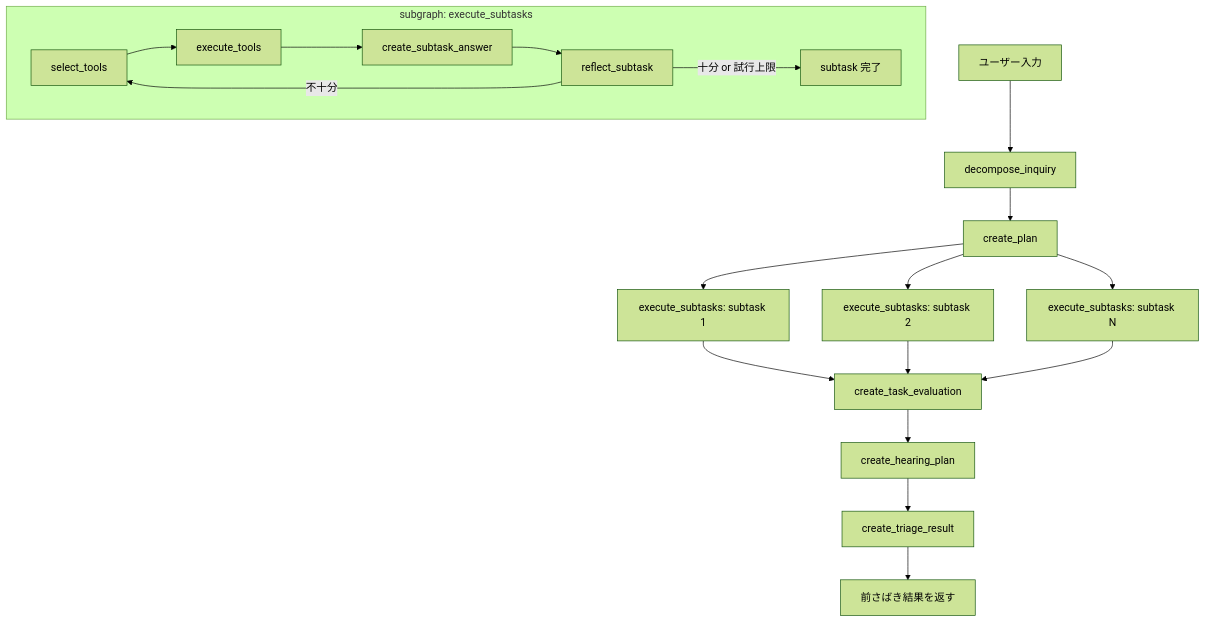
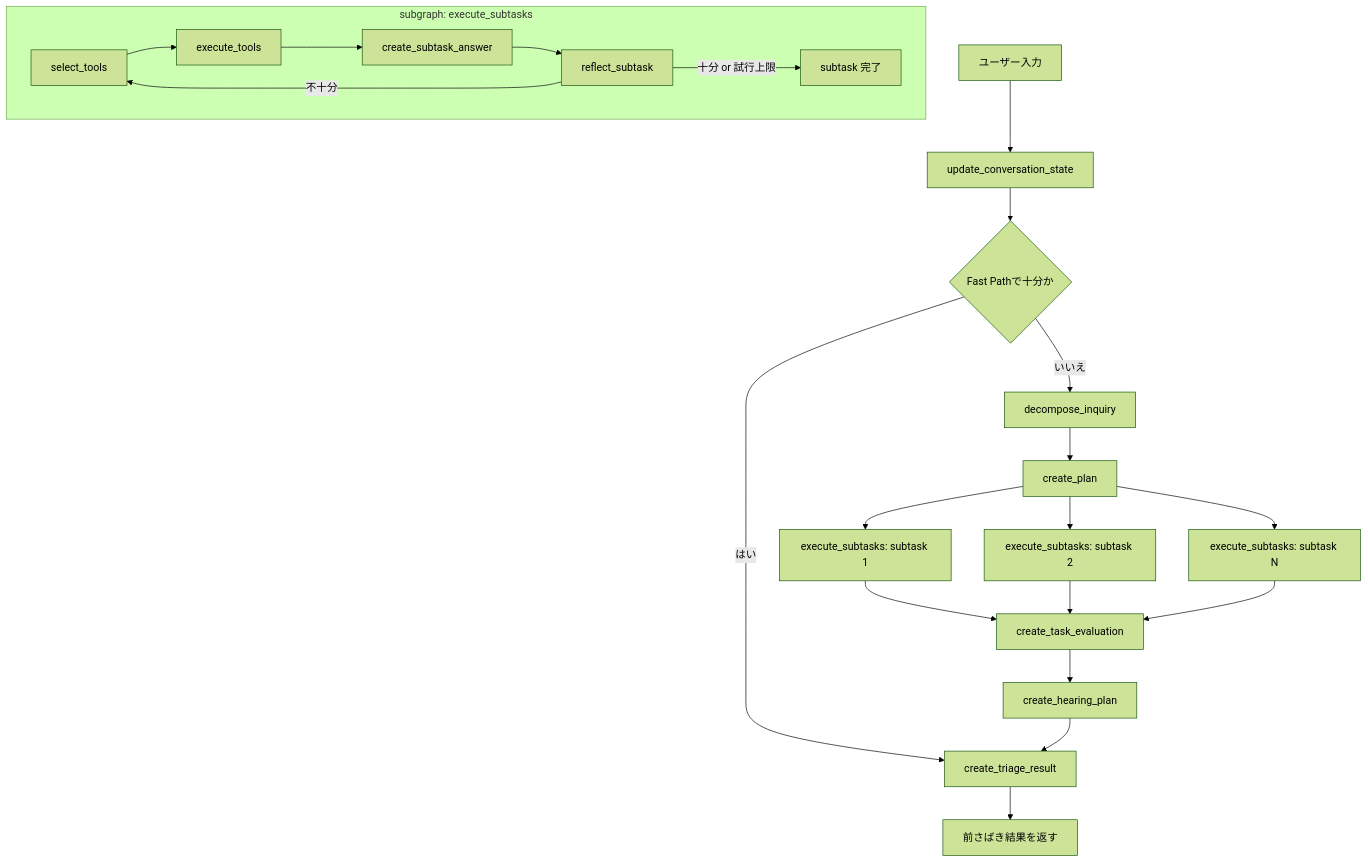
The diagram in README.md (ryota-nakazawa/agent_common), drawn with Mermaid (forest theme) before and after one commit. The commit also changed other lines of this file and 11 other files, not shown here.

````diff
--- a/README.md
+++ b/README.md
@@ -51,22 +100,25 @@
 ```mermaid
 flowchart TD
-    A["ユーザー入力"] --> B["decompose_inquiry"]
-    B --> C["create_plan"]
-    C --> D1["execute_subtasks: subtask 1"]
-    C --> D2["execute_subtasks: subtask 2"]
-    C --> D3["execute_subtasks: subtask N"]
-    D1 --> E["create_task_evaluation"]
-    D2 --> E
-    D3 --> E
-    E --> F["create_hearing_plan"]
-    F --> G["create_triage_result"]
-    G --> H["前さばき結果を返す"]
+    A["ユーザー入力"] --> B["update_conversation_state"]
+    B --> C{"Fast Pathで十分か"}
+    C -->|はい| D["create_triage_result"]
+    C -->|いいえ| E["decompose_inquiry"]
+    E --> F["create_plan"]
+    F --> G1["execute_subtasks: subtask 1"]
+    F --> G2["execute_subtasks: subtask 2"]
+    F --> G3["execute_subtasks: subtask N"]
+    G1 --> H["create_task_evaluation"]
+    G2 --> H
+    G3 --> H
+    H --> I["create_hearing_plan"]
+    I --> D
+    D --> J["前さばき結果を返す"]
 
     subgraph SG["subgraph: execute_subtasks"]
       S1["select_tools"] --> S2["execute_tools"]
       S2 --> S3["create_subtask_answer"]
       S3 --> S4["reflect_subtask"]
       S4 -->|不十分| S1
       S4 -->|十分 or 試行上限| S5["subtask 完了"]
     end
 ```
````
